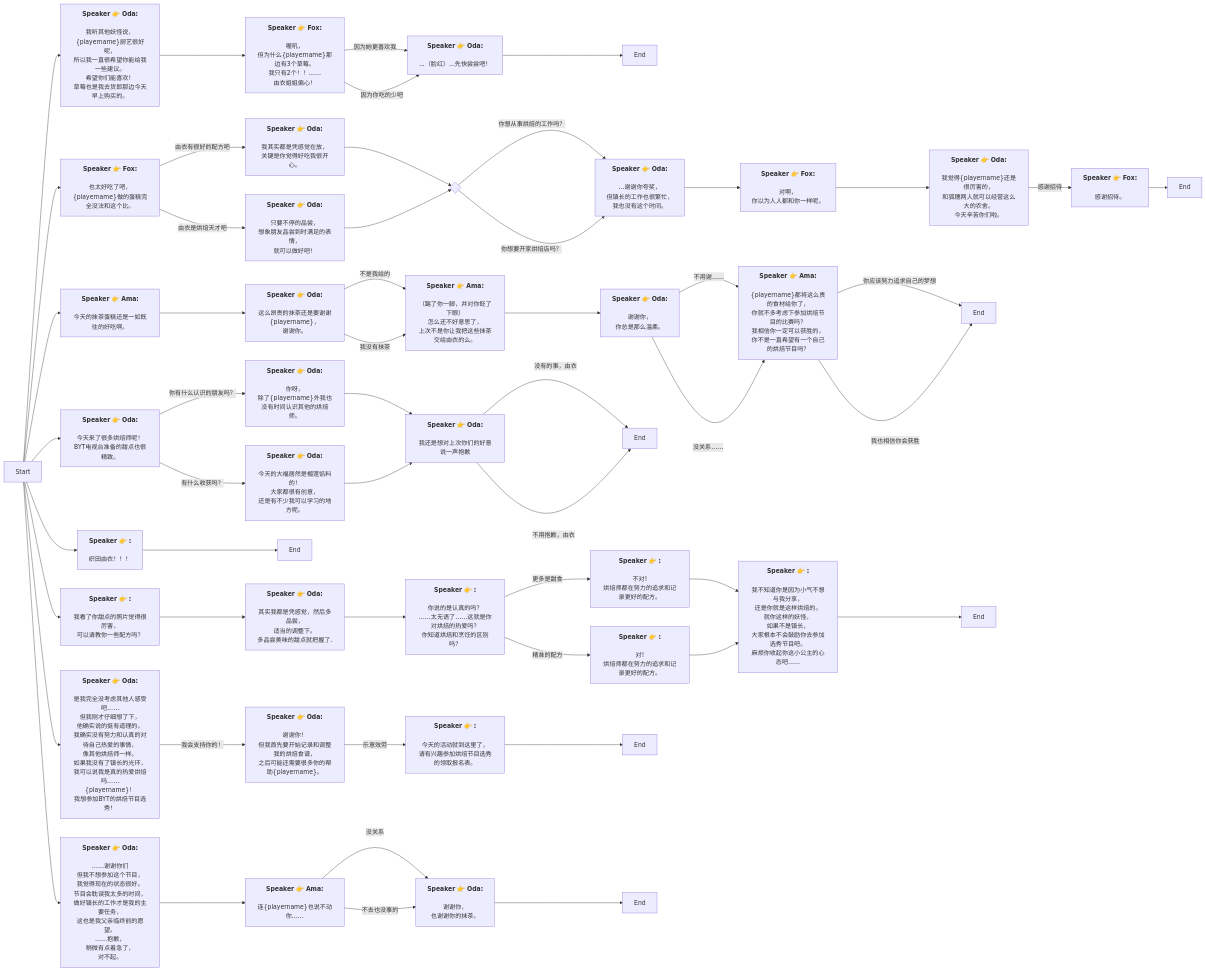
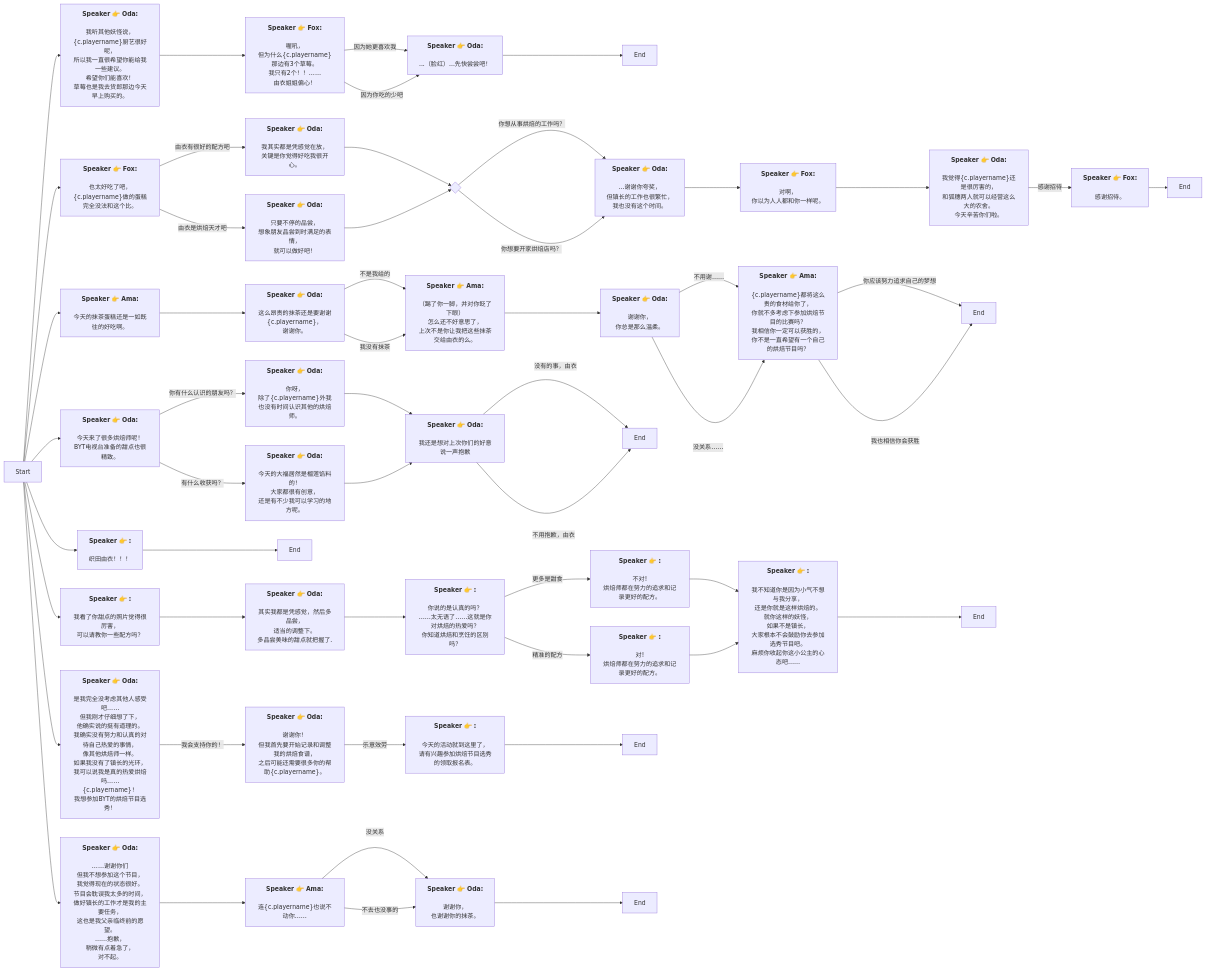
Before and after one commit to SoftHu/tos_avg: the diagram in Zh/heart_4_2_9.md, drawn with Mermaid. The commit also changed 410 other files, not shown here.

```diff
--- a/Zh/heart_4_2_9.md
+++ b/Zh/heart_4_2_9.md
@@ -2,12 +2,12 @@
 graph LR
 Start -->1754287120283058[<b>Speaker 👉 Oda:</b>
 \n我听其他妖怪说，
-&lbrace;playername&rbrace;厨艺很好呢，
+&lbrace;c.playername&rbrace;厨艺很好呢，
 所以我一直很希望你能给我一些建议。\n希望你们能喜欢！
 草莓也是我去货郎那边今天早上购买的。]
 1754287120283058 -->1754287230031284[<b>Speaker 👉 Fox:</b>
 \n喔吼，
-但为什么&lbrace;playername&rbrace;那边有3个草莓。\n我只有2个！！……
+但为什么&lbrace;c.playername&rbrace;那边有3个草莓。\n我只有2个！！……
 由衣姐姐偏心！]
 1754287230031284 -->|因为她更喜欢我|1754287295587765[<b>Speaker 👉 Oda:</b>
 \n...（脸红）...先快尝尝吧！]
@@ -16,7 +16,7 @@
 1754287295587765 -->1754287444895165[End]
 Start -->1754287450993086[<b>Speaker 👉 Fox:</b>
 \n也太好吃了吧，
-&lbrace;playername&rbrace;做的蛋糕完全没法和这个比。]
+&lbrace;c.playername&rbrace;做的蛋糕完全没法和这个比。]
 1754287450993086 -->|由衣有很好的配方吧|1754287547494853[<b>Speaker 👉 Oda:</b>
 \n我其实都是凭感觉在放，
 关键是你觉得好吃我很开心。]
@@ -29,7 +29,7 @@
 \n对啊，
 你以为人人都和你一样呢。]
 1754287697788365 -->1754287714958798[<b>Speaker 👉 Oda:</b>
-\n我觉得&lbrace;playername&rbrace;还是很厉害的，
+\n我觉得&lbrace;c.playername&rbrace;还是很厉害的，
 和狐穗两人就可以经营这么大的农舍。
 今天辛苦你们啦。]
 1754287714958798 -->|感谢招待|1754287754202578[<b>Speaker 👉 Fox:</b>
@@ -39,7 +39,7 @@
 Start -->1754287829837269[<b>Speaker 👉 Ama:</b>
 \n今天的抹茶蛋糕还是一如既往的好吃啊。]
 1754287829837269 -->1754287843310038[<b>Speaker 👉 Oda:</b>
-\n这么昂贵的抹茶还是要谢谢&lbrace;playername&rbrace;，
+\n这么昂贵的抹茶还是要谢谢&lbrace;c.playername&rbrace;，
 谢谢你。]
 1754287843310038 -->|不是我给的|1754287903146460[<b>Speaker 👉 Ama:</b>
 \n（踢了你一脚，并对你眨了下眼）\n怎么还不好意思了，
@@ -51,11 +51,11 @@
 \n谢谢你，
 你总是那么温柔。]
 1754288180745693 -->|不用谢……|1754288572797414[<b>Speaker 👉 Ama:</b>
-\n&lbrace;playername&rbrace;都将这么贵的食材给你了，
+\n&lbrace;c.playername&rbrace;都将这么贵的食材给你了，
 你就不多考虑下参加烘焙节目的比赛吗？\n我相信你一定可以获胜的，
 你不是一直希望有一个自己的烘焙节目吗？]
 1754288180745693 -->|没关系……|1754288572797414[<b>Speaker 👉 Ama:</b>
-\n&lbrace;playername&rbrace;都将这么贵的食材给你了，
+\n&lbrace;c.playername&rbrace;都将这么贵的食材给你了，
 你就不多考虑下参加烘焙节目的比赛吗？\n我相信你一定可以获胜的，
 你不是一直希望有一个自己的烘焙节目吗？]
 438571886873713 -->|你想从事烘焙的工作吗？|1754287665596876[<b>Speaker 👉 Oda:</b>
@@ -73,7 +73,7 @@
 BYT电视台准备的甜点也很精致。]
 1754289240414771 -->|你有什么认识的朋友吗？|1754289546133050[<b>Speaker 👉 Oda:</b>
 \n你呀，
-除了&lbrace;playername&rbrace;外我也没有时间认识其他的烘焙师。]
+除了&lbrace;c.playername&rbrace;外我也没有时间认识其他的烘焙师。]
 1754289240414771 -->|有什么收获吗？|1754289543642681[<b>Speaker 👉 Oda:</b>
 \n今天的大福居然是榴莲馅料的！
 大家都很有创意，
@@ -119,12 +119,12 @@
 \n是我完全没考虑其他人感受吧……\n但我刚才仔细想了下，
 他确实说的挺有道理的。\n我确实没有努力和认真的对待自己热爱的事情，
 像其他烘焙师一样。\n如果我没有了镇长的光环，
-我可以说我是真的热爱烘焙吗……\n&lbrace;playername&rbrace;！
+我可以说我是真的热爱烘焙吗……\n&lbrace;c.playername&rbrace;！
 我想参加BYT的烘焙节目选秀！]
 1754292750697182 -->|我会支持你的！|1754293813300962[<b>Speaker 👉 Oda:</b>
 \n谢谢你！
 但我首先要开始记录和调整我的烘焙食谱，
-之后可能还需要很多你的帮助&lbrace;playername&rbrace;。]
+之后可能还需要很多你的帮助&lbrace;c.playername&rbrace;。]
 1754293813300962 -->|乐意效劳|1754293822837475[<b>Speaker 👉 :</b>
 \n今天的活动就到这里了，
 请有兴趣参加烘焙节目选秀的领取报名表。]
@@ -137,7 +137,7 @@
 稍微有点着急了，
 对不起。]
 1754288640162284 -->1754288712254988[<b>Speaker 👉 Ama:</b>
-\n连&lbrace;playername&rbrace;也说不动你……]
+\n连&lbrace;c.playername&rbrace;也说不动你……]
 1754288712254988 -->|没关系|1754288776160786[<b>Speaker 👉 Oda:</b>
 \n谢谢你，
 也谢谢你的抹茶。]
```
